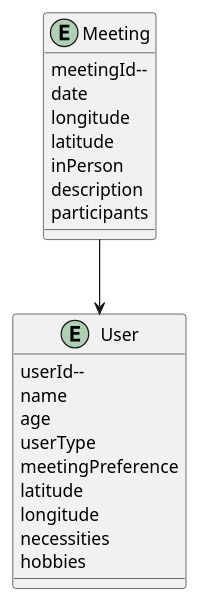
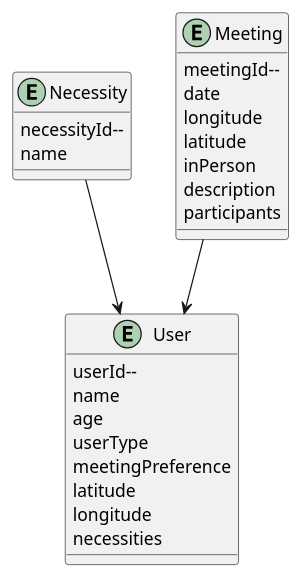
One commit to Pontes-de-Geracoes/back-end changed the diagram in UML/diagrama_entidades.puml. Above: the diagram before and after it, drawn with PlantUML.

Commit message:
Altera o diagrama de entidades

```diff
--- a/UML/diagrama_entidades.puml
+++ b/UML/diagrama_entidades.puml
@@ -1,28 +1,34 @@
 @startuml
     entity User {
     
         userId--
         name
         age
         userType
         meetingPreference
         latitude
         longitude
         necessities
-        hobbies
+    }
+
+    entity Necessity{
+        
+        necessityId--
+        name
     }
 
     entity Meeting {
         
         meetingId--
         date
         longitude
         latitude
         inPerson
         description
         participants
     }
 
     Meeting --> User
+    Necessity --> User
 
 @enduml
```
